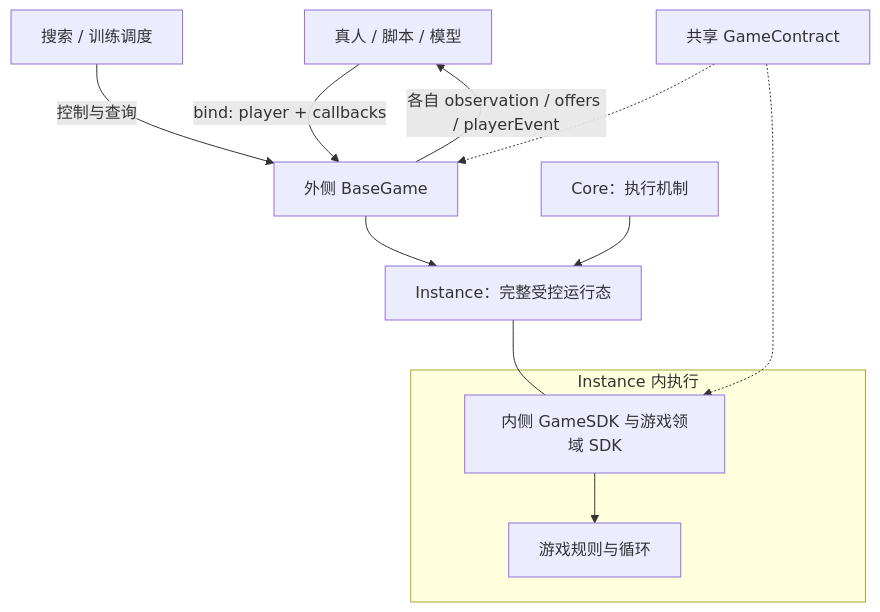
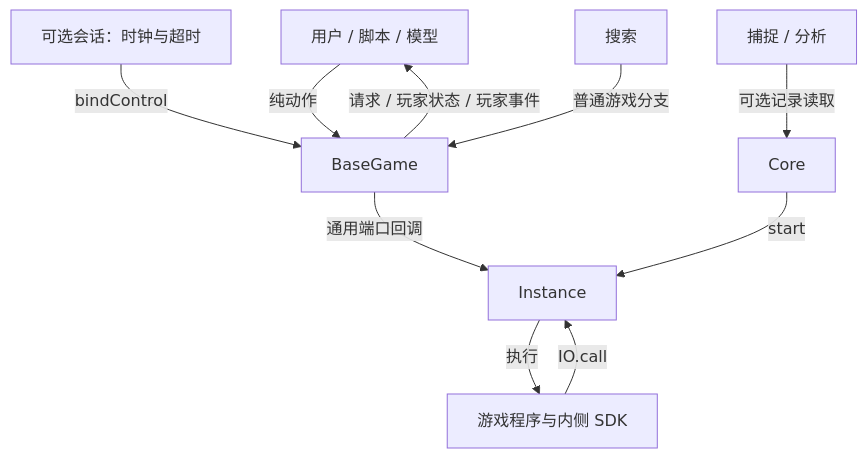
Before and after one commit to fltb/bear-forge: the diagram in docs/architecture.md, drawn with Mermaid. The commit also changed other lines of this file and 63 other files, not shown here.

Commit message:
Separate pure actions from session control and simplify protocol layers

````diff
--- a/docs/architecture.md
+++ b/docs/architecture.md
@@ -5,14 +16,12 @@
 ```mermaid
 flowchart TB
-  Caller[真人 / 脚本 / 模型] -->|bind: player + callbacks| BaseGame[外侧 BaseGame]
-  BaseGame -->|各自 observation / offers / playerEvent| Caller
-  Search[搜索 / 训练调度] -->|控制与查询| BaseGame
-  Contract[共享 GameContract] -.-> BaseGame
-  BaseGame --> Instance[Instance：完整受控运行态]
-  Core[Core：执行机制] --> Instance
-  subgraph Inside[Instance 内执行]
-    SDK[内侧 GameSDK 与游戏领域 SDK] --> Rules[游戏规则与循环]
-  end
-  Instance --- SDK
-  Contract -.-> SDK
+  Caller[用户 / 脚本 / 模型] -->|纯动作| Game[BaseGame]
+  Game -->|请求 / 玩家状态 / 玩家事件| Caller
+  Session[可选会话：时钟与超时] -->|bindControl| Game
+  Game -->|通用端口回调| Instance
+  Core -->|start| Instance
+  Instance -->|执行| Program[游戏程序与内侧 SDK]
+  Program -->|IO.call| Instance
+  Search[搜索] -->|普通游戏分支| Game
+  Analysis[捕捉 / 分析] -->|可选记录读取| Core
 ```
````
